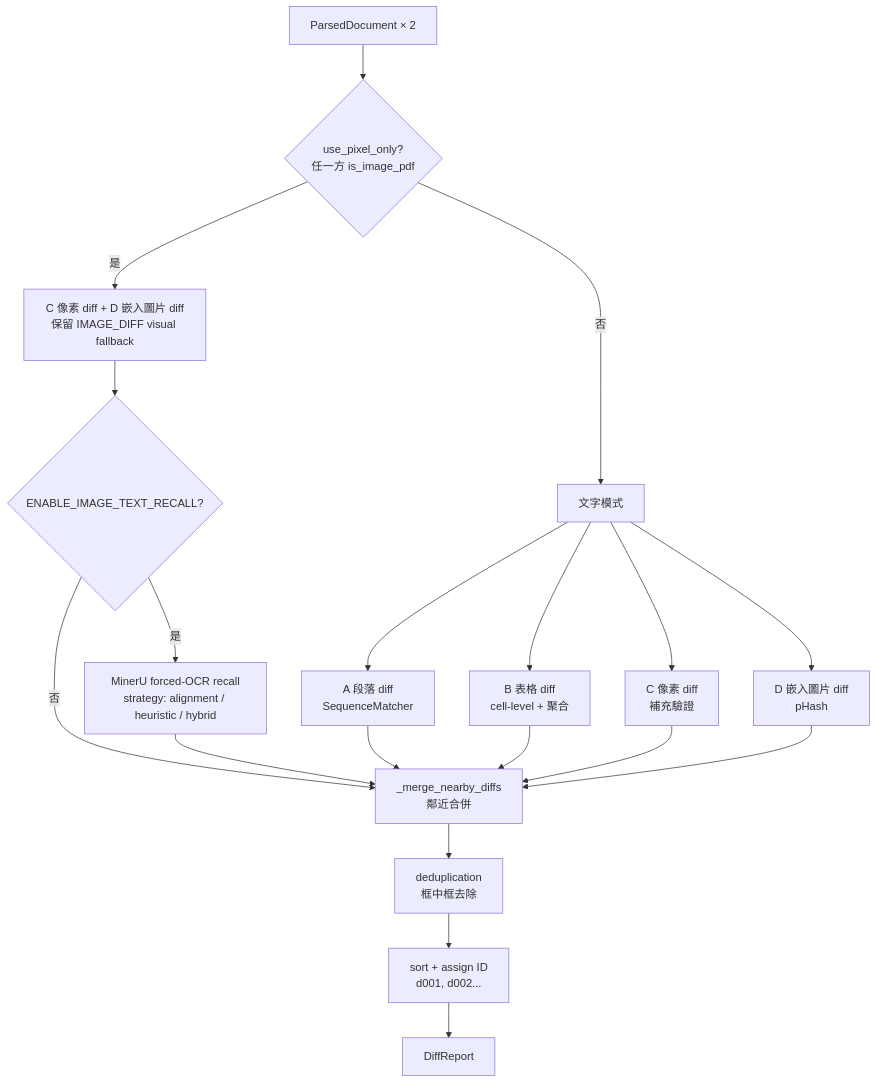
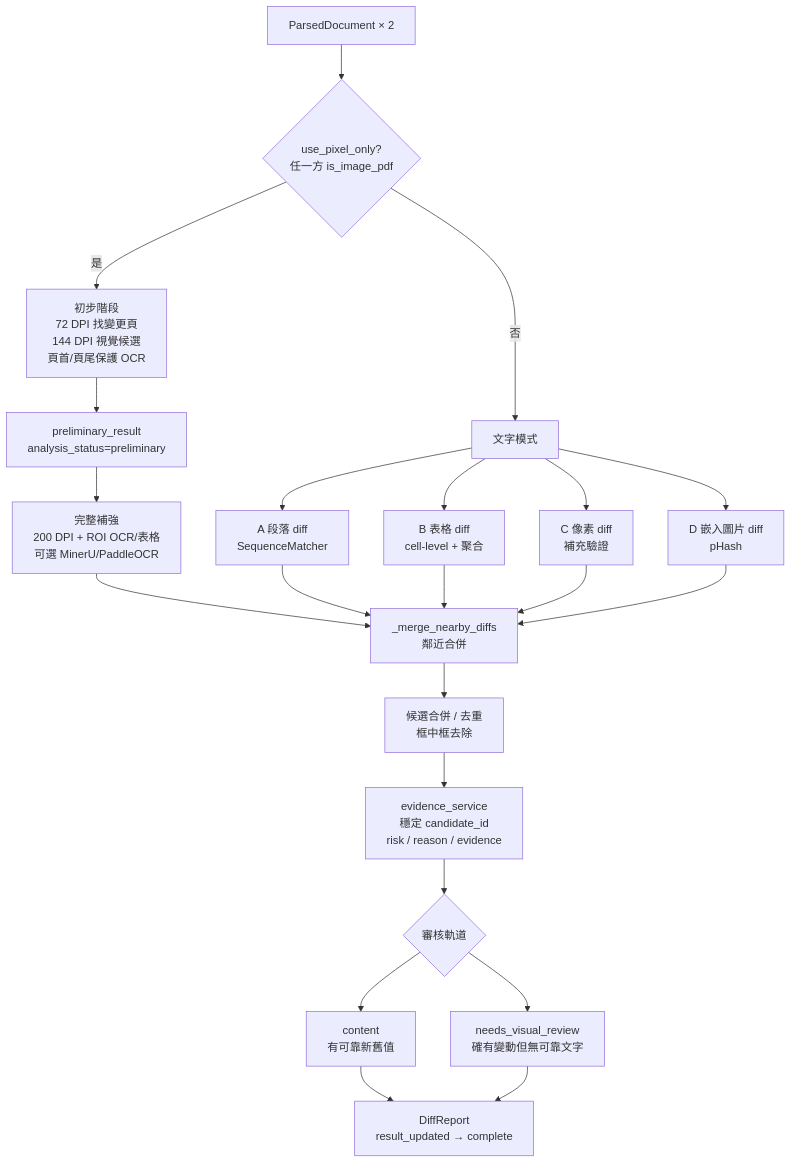
One commit to a9181873/PDF_check_minerU changed the third of 4 diagrams in docs/technical-architecture.md. Above: the diagram before and after it, drawn with Mermaid. The commit also changed other lines of this file and 42 other files, not shown here.

Commit message:
feat: add progressive OCR diff analysis

````diff
--- a/docs/technical-architecture.md
+++ b/docs/technical-architecture.md
@@ -228,18 +234,20 @@
 ```mermaid
 graph TD
     A[ParsedDocument × 2] --> B{use_pixel_only?<br/>任一方 is_image_pdf}
-    B -->|是| PIX[C 像素 diff + D 嵌入圖片 diff<br/>保留 IMAGE_DIFF visual fallback]
-    PIX --> R{ENABLE_IMAGE_TEXT_RECALL?}
-    R -->|是| REC[MinerU forced-OCR recall<br/>strategy: alignment / heuristic / hybrid]
-    R -->|否| M
-    REC --> M
+    B -->|是| PRE[初步階段<br/>72 DPI 找變更頁<br/>144 DPI 視覺候選<br/>頁首/頁尾保護 OCR]
+    PRE --> PR[preliminary_result<br/>analysis_status=preliminary]
+    PR --> ENR[完整補強<br/>200 DPI + ROI OCR/表格<br/>可選 MinerU/PaddleOCR]
+    ENR --> M
     B -->|否| TXT[文字模式]
     TXT --> E[A 段落 diff<br/>SequenceMatcher]
     TXT --> F[B 表格 diff<br/>cell-level + 聚合]
     TXT --> G[C 像素 diff<br/>補充驗證]
     TXT --> H[D 嵌入圖片 diff<br/>pHash]
     E & F & G & H --> M[_merge_nearby_diffs<br/>鄰近合併]
-    M --> N[deduplication<br/>框中框去除]
-    N --> O[sort + assign ID<br/>d001, d002...]
-    O --> P[DiffReport]
+    M --> N[候選合併 / 去重<br/>框中框去除]
+    N --> O[evidence_service<br/>穩定 candidate_id<br/>risk / reason / evidence]
+    O --> L{審核軌道}
+    L --> C[content<br/>有可靠新舊值]
+    L --> V[needs_visual_review<br/>確有變動但無可靠文字]
+    C & V --> P[DiffReport<br/>result_updated → complete]
 ```
````
